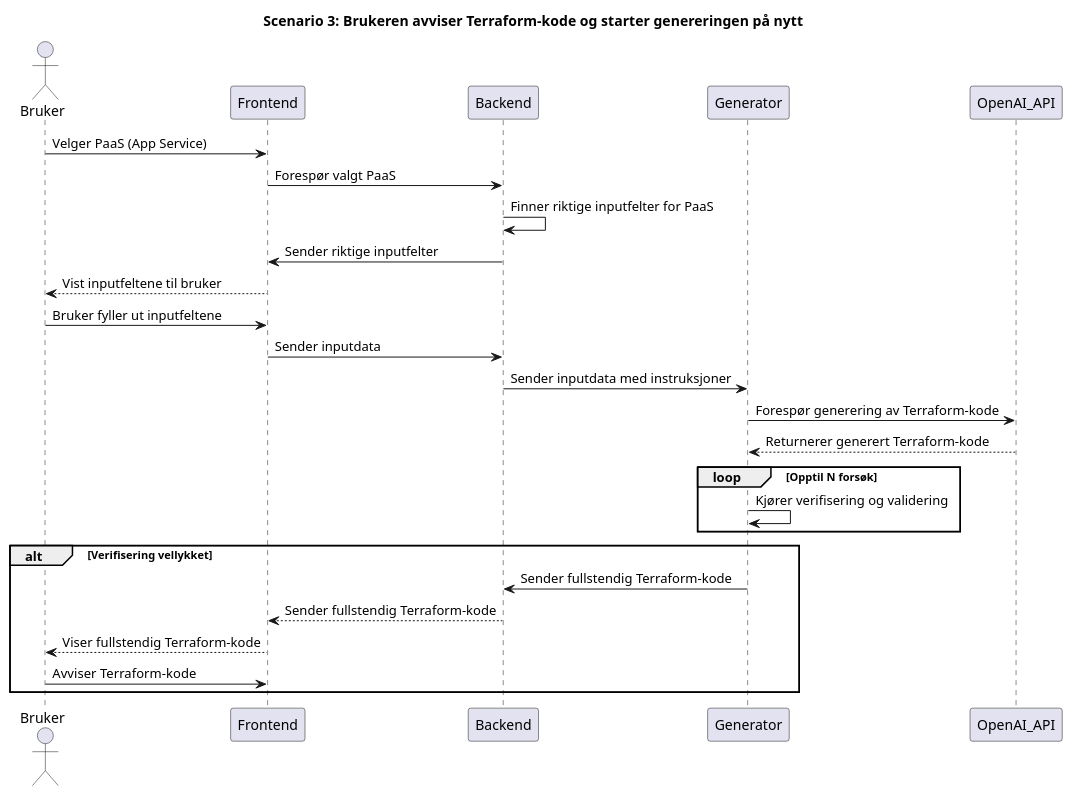
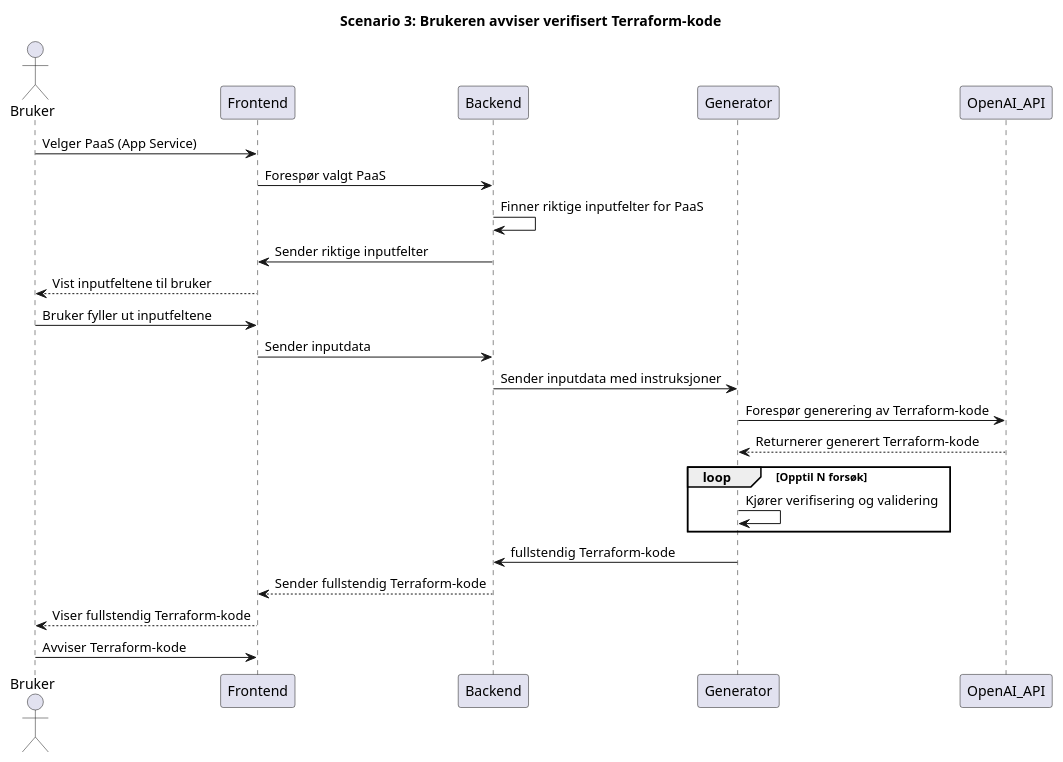
Before and after one commit to Bachelor-B25ITK12/Diagrammer: the diagram in UML_Diagrammer/Applikasjonsflyt-LLM-v3/avvistkode.puml, drawn with PlantUML. The commit also changed 7 other files, not shown here.

Commit message:
gjorde noen forbedringer av sekvensdiagrammen for LLM-, samt manuelle-genereringen.

```diff
--- a/UML_Diagrammer/Applikasjonsflyt-LLM-v3/avvistkode.puml
+++ b/UML_Diagrammer/Applikasjonsflyt-LLM-v3/avvistkode.puml
@@ -1,37 +1,37 @@
 @startuml
 
 actor Bruker as Bruker
 participant Frontend as Frontend
 participant Backend as Backend
 participant Generator as Generator
 participant OpenAI_API as OpenAI_API
 
-title Scenario 3: Brukeren avviser Terraform-kode og starter genereringen på nytt
+title Scenario 3: Brukeren avviser verifisert Terraform-kode
 
 
 Bruker -> Frontend : Velger PaaS (App Service)
 Frontend -> Backend : Forespør valgt PaaS
 Backend -> Backend : Finner riktige inputfelter for PaaS
 Backend -> Frontend : Sender riktige inputfelter
 Frontend --> Bruker : Vist inputfeltene til bruker
 Bruker -> Frontend : Bruker fyller ut inputfeltene
 Frontend -> Backend : Sender inputdata
 Backend -> Generator : Sender inputdata med instruksjoner
 
 
 Generator -> OpenAI_API : Forespør generering av Terraform-kode
 OpenAI_API --> Generator : Returnerer generert Terraform-kode
 
 
 loop Opptil N forsøk
     Generator -> Generator : Kjører verifisering og validering
 end loop
 
-alt Verifisering vellykket
-    Generator -> Backend : Sender fullstendig Terraform-kode
+
+    Generator -> Backend : fullstendig Terraform-kode
     Backend --> Frontend : Sender fullstendig Terraform-kode
     Frontend --> Bruker : Viser fullstendig Terraform-kode
     Bruker -> Frontend : Avviser Terraform-kode
 
-end
+
 @enduml
```
